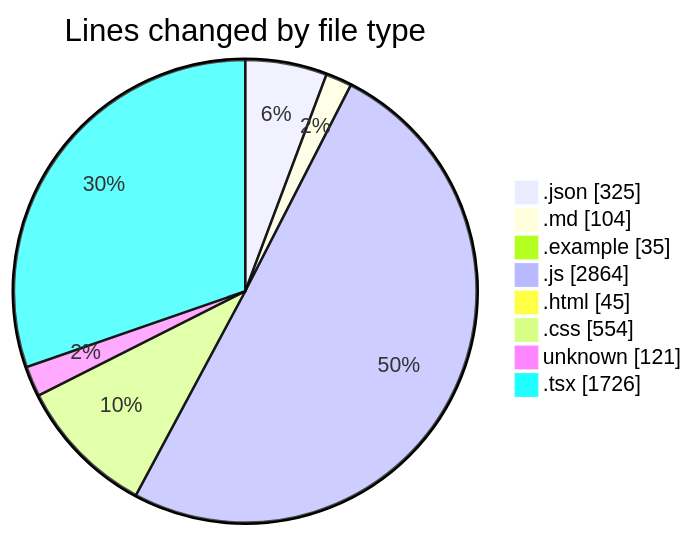
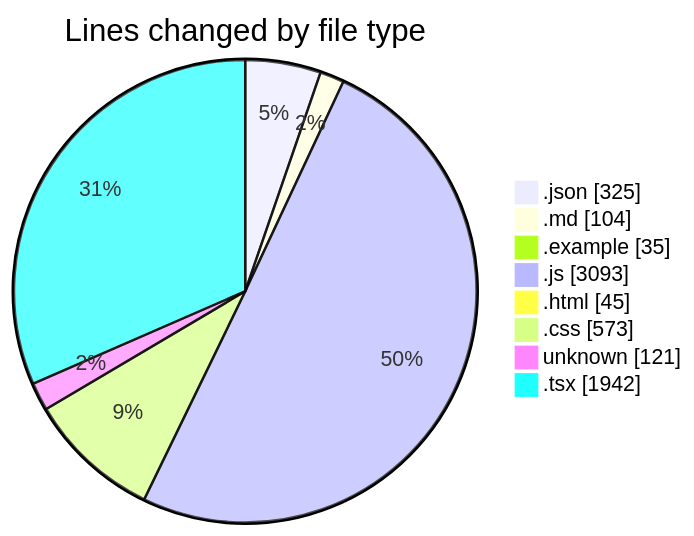
Before and after one commit to lephambinh05/code-tracking: the first of 2 diagrams in 2025-08-05/napxuvn/README.md, drawn with Mermaid. The commit also changed other lines of this file and 1 other file, not shown here.

````diff
--- a/2025-08-05/napxuvn/README.md
+++ b/2025-08-05/napxuvn/README.md
@@ -61,12 +63,12 @@
 ```mermaid
 pie showData
 title Lines changed by file type
 ".json" : 325
 ".md" : 104
 ".example" : 35
-".js" : 2864
+".js" : 3093
 ".html" : 45
-".css" : 554
+".css" : 573
 "unknown" : 121
-".tsx" : 1726
+".tsx" : 1942
 ```
````
